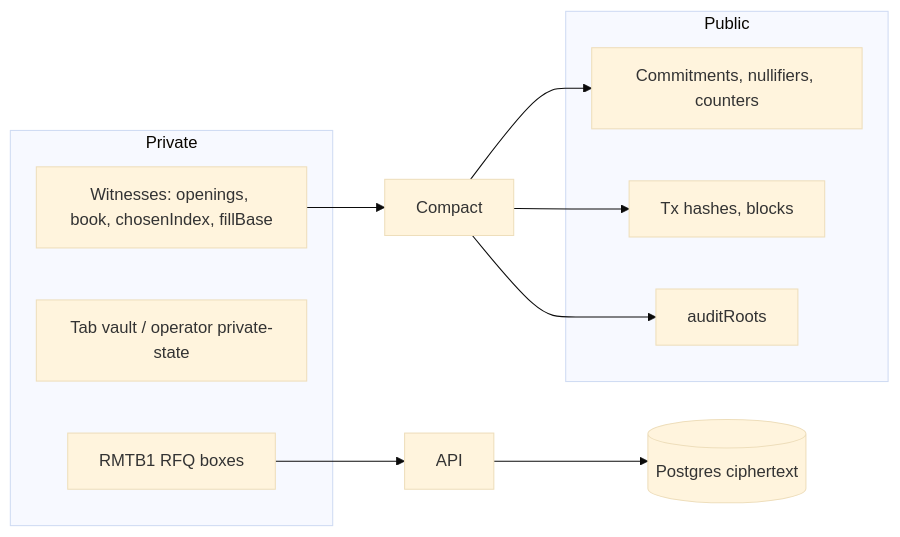
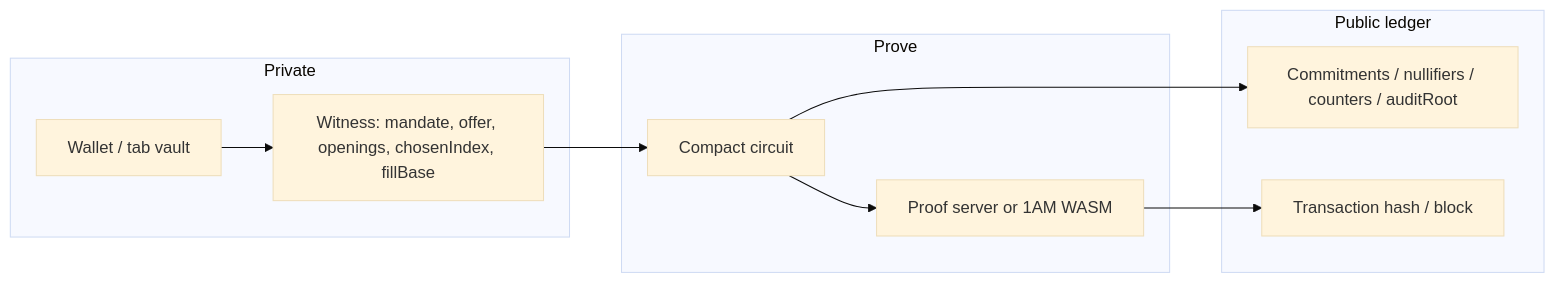
One commit to mohamedwael201193/REMIT changed the second of 9 diagrams in README.md. Above: the diagram before and after it, drawn with Mermaid (base theme). The commit also changed other lines of this file and 8 other files, not shown here.

````diff
--- a/README.md
+++ b/README.md
@@ -64,19 +73,18 @@
 ```mermaid
 flowchart LR
   subgraph private [Private]
-    W[Witnesses: openings, book, chosenIndex, fillBase]
-    PS[Tab vault / operator private-state]
-    BOX[RMTB1 RFQ boxes]
+    W[Wallet / tab vault]
+    WIT[Witness: mandate, offer, openings, chosenIndex, fillBase]
   end
-  subgraph public [Public]
-    L[Commitments, nullifiers, counters]
-    T[Tx hashes, blocks]
-    R[auditRoots]
+  subgraph prove [Prove]
+    C[Compact circuit]
+    PS[Proof server or 1AM WASM]
   end
-  W --> Compact
-  Compact --> L
-  Compact --> T
-  Compact --> R
-  BOX --> API
-  API --> PG[(Postgres ciphertext)]
+  subgraph public [Public ledger]
+    L[Commitments / nullifiers / counters / auditRoot]
+    TX[Transaction hash / block]
+  end
+  W --> WIT --> C --> PS
+  C --> L
+  PS --> TX
 ```
````
